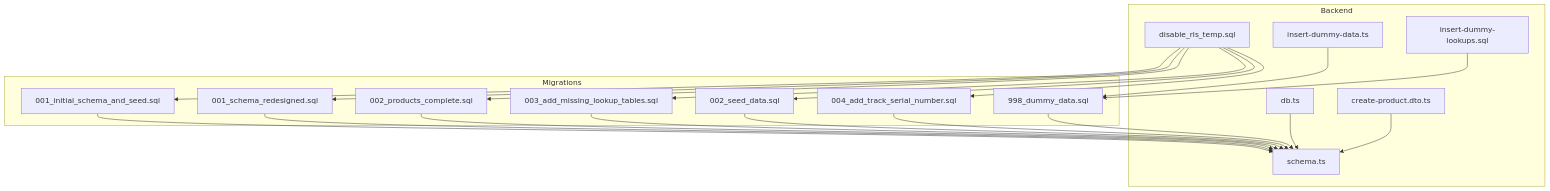
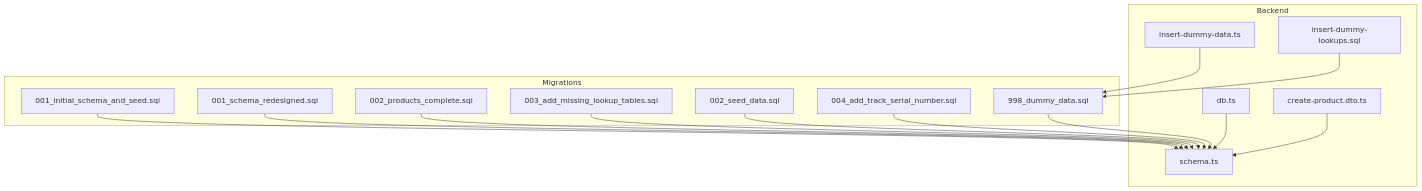
Before and after one commit to ARUNTHOMAS3/trans: the first of 3 diagrams in repowiki/en/content/Data Management/Database Schema & Design.md, drawn with Mermaid. The commit also changed other lines of this file and 90 other files, not shown here.

````diff
--- a/repowiki/en/content/Data Management/Database Schema & Design.md
+++ b/repowiki/en/content/Data Management/Database Schema & Design.md
@@ -42,37 +41,30 @@
 ```mermaid
 graph TB
 subgraph "Migrations"
 M1["001_initial_schema_and_seed.sql"]
 M2["001_schema_redesigned.sql"]
 M3["002_products_complete.sql"]
 M4["003_add_missing_lookup_tables.sql"]
 M5["002_seed_data.sql"]
 M6["004_add_track_serial_number.sql"]
 M7["998_dummy_data.sql"]
 end
 subgraph "Backend"
 B1["schema.ts"]
 B2["db.ts"]
 B3["create-product.dto.ts"]
 S1["insert-dummy-data.ts"]
 S2["insert-dummy-lookups.sql"]
-S3["disable_rls_temp.sql"]
 end
 M1 --> B1
 M2 --> B1
 M3 --> B1
 M4 --> B1
 M5 --> B1
 M6 --> B1
 M7 --> B1
 B2 --> B1
 B3 --> B1
 S1 --> M7
 S2 --> M7
-S3 --> M1
-S3 --> M2
-S3 --> M3
-S3 --> M4
-S3 --> M5
-S3 --> M6
 ```
````
